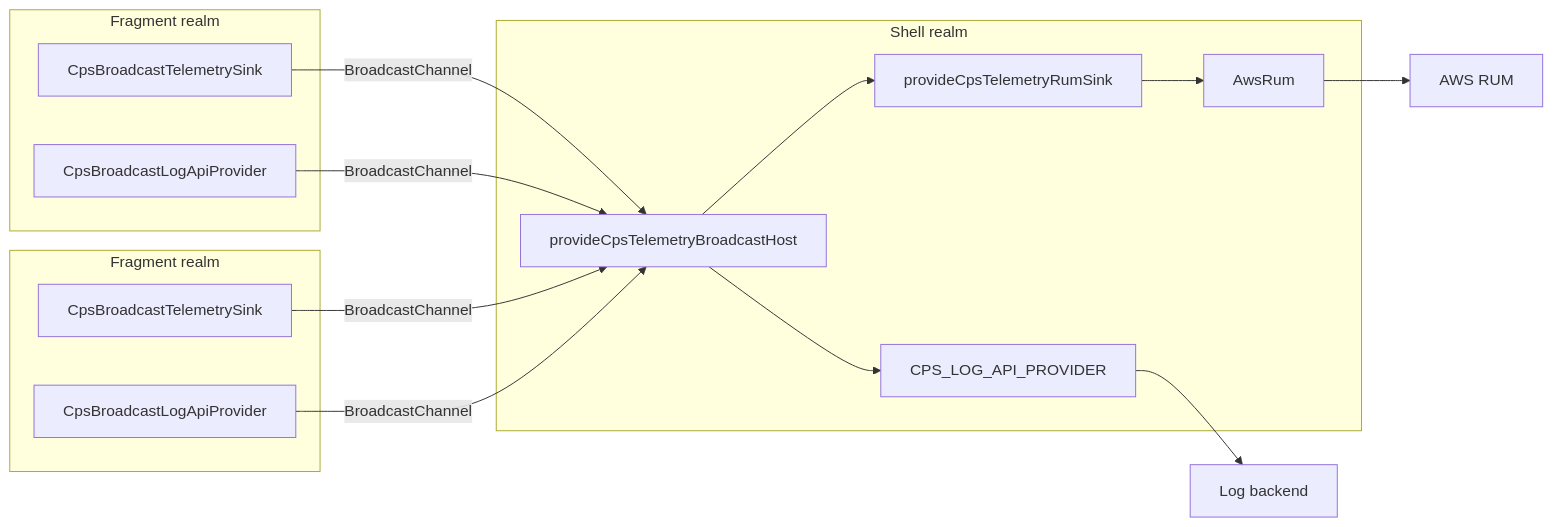
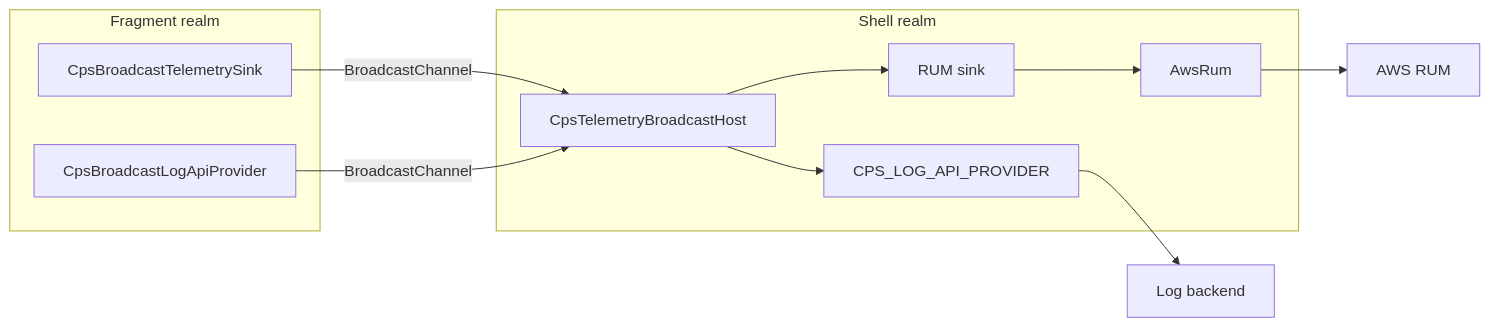
One commit to AbsaOSS/cps-shared-ui changed the fourth of 4 diagrams in projects/cps-telemetry/DESIGN.md. Above: the diagram before and after it, drawn with Mermaid. The commit also changed other lines of this file and 15 other files, not shown here.

````diff
--- a/projects/cps-telemetry/DESIGN.md
+++ b/projects/cps-telemetry/DESIGN.md
@@ -1679,23 +2098,17 @@
 ```mermaid
 flowchart LR
     subgraph shell [Shell realm]
-      S[provideCpsTelemetryRumSink] --> R[AwsRum]
-      H[provideCpsTelemetryBroadcastHost]
+      S[RUM sink] --> R[AwsRum]
+      H[CpsTelemetryBroadcastHost]
       H --> S
       H --> L[CPS_LOG_API_PROVIDER]
     end
     subgraph f1 [Fragment realm]
       A[CpsBroadcastTelemetrySink]
       AL[CpsBroadcastLogApiProvider]
     end
-    subgraph f2 [Fragment realm]
-      B[CpsBroadcastTelemetrySink]
-      BL[CpsBroadcastLogApiProvider]
-    end
     A -- BroadcastChannel --> H
     AL -- BroadcastChannel --> H
-    B -- BroadcastChannel --> H
-    BL -- BroadcastChannel --> H
     R --> AWS[AWS RUM]
     L --> LOGS[Log backend]
 ```
````
